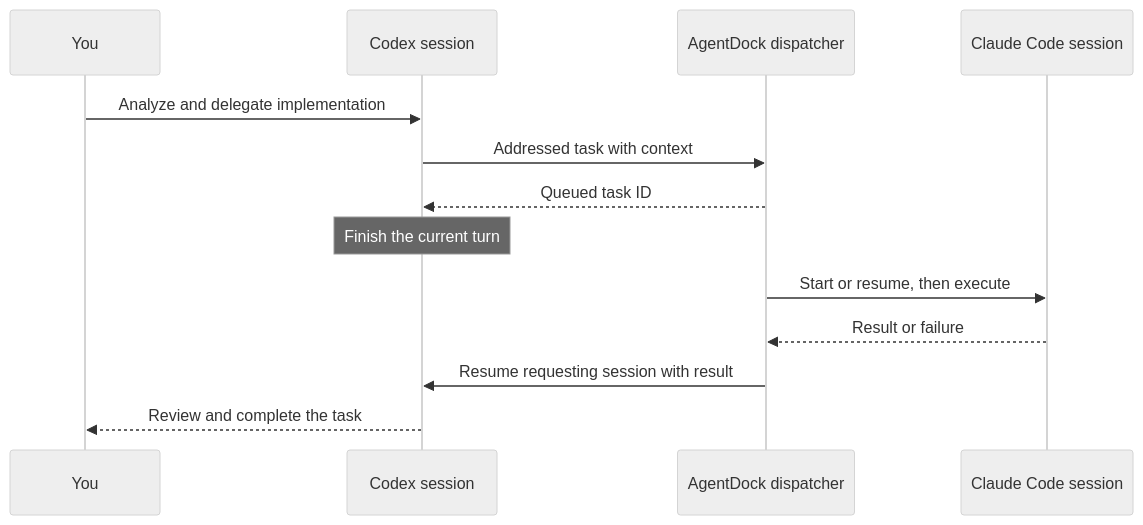
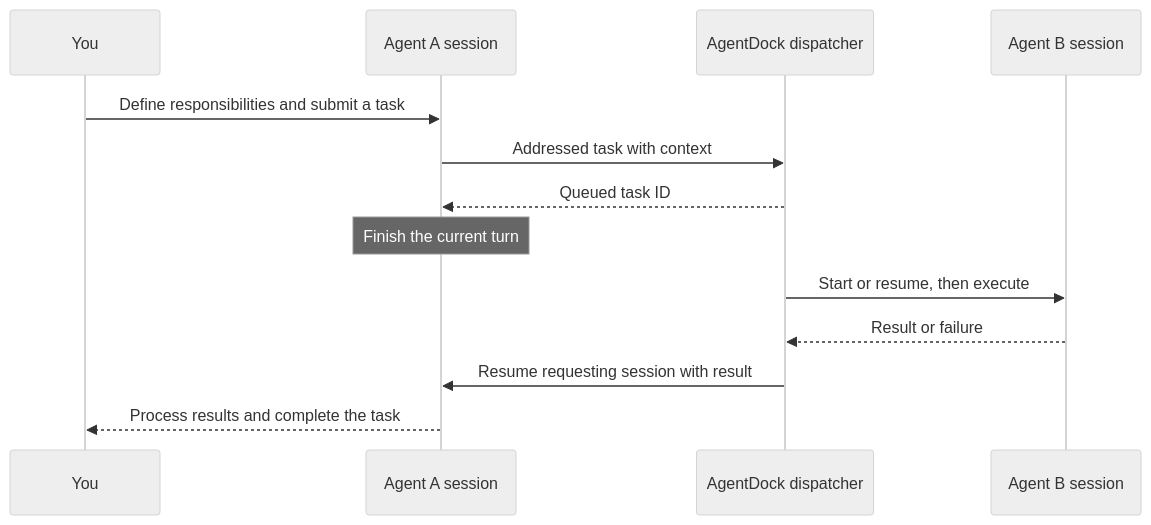
The diagram in README.md (NginxL/AgentDock), drawn with Mermaid (neutral theme) before and after one commit. The commit also changed other lines of this file and 21 other files, not shown here.

````diff
--- a/README.md
+++ b/README.md
@@ -87,15 +94,15 @@
 ```mermaid
 sequenceDiagram
     participant U as You
-    participant C as Codex session
+    participant C as Agent A session
     participant D as AgentDock dispatcher
-    participant A as Claude Code session
-    U->>C: Analyze and delegate implementation
+    participant A as Agent B session
+    U->>C: Define responsibilities and submit a task
     C->>D: Addressed task with context
     D-->>C: Queued task ID
     Note over C: Finish the current turn
     D->>A: Start or resume, then execute
     A-->>D: Result or failure
     D->>C: Resume requesting session with result
-    C-->>U: Review and complete the task
+    C-->>U: Process results and complete the task
 ```
````
